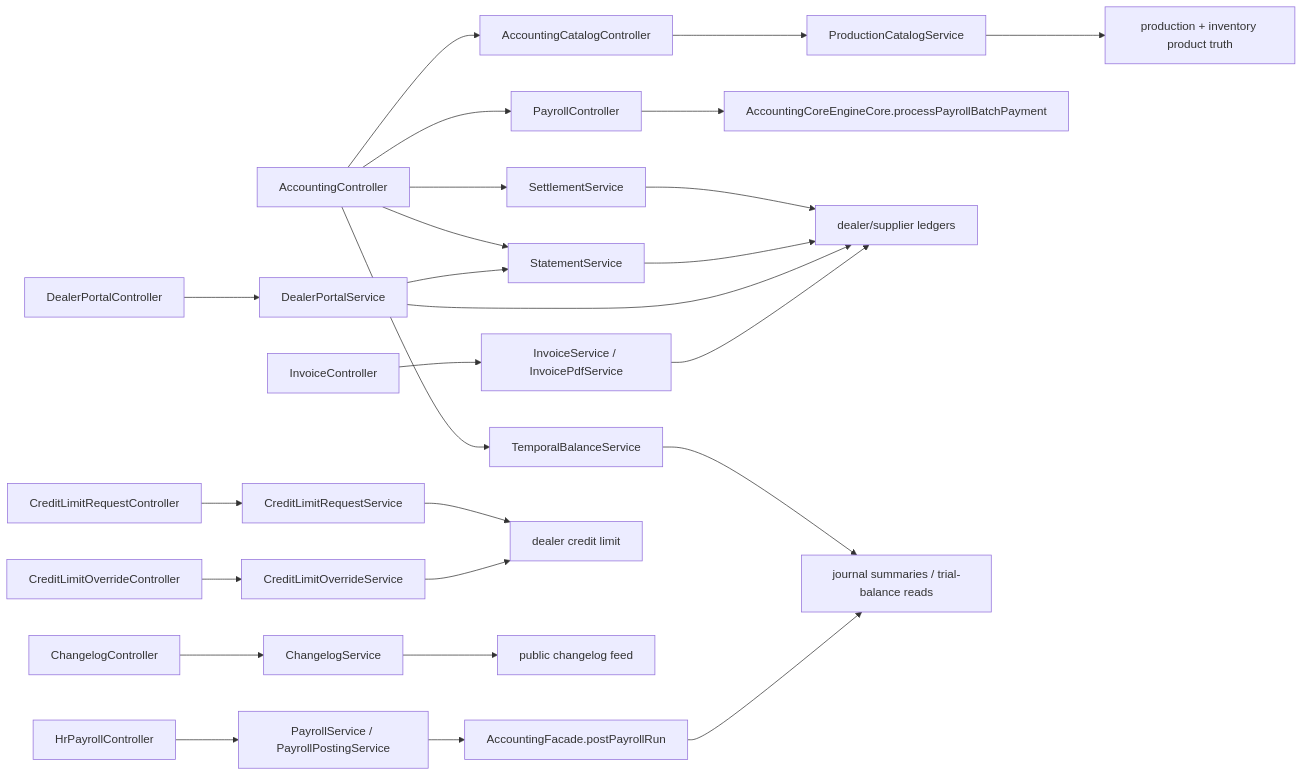
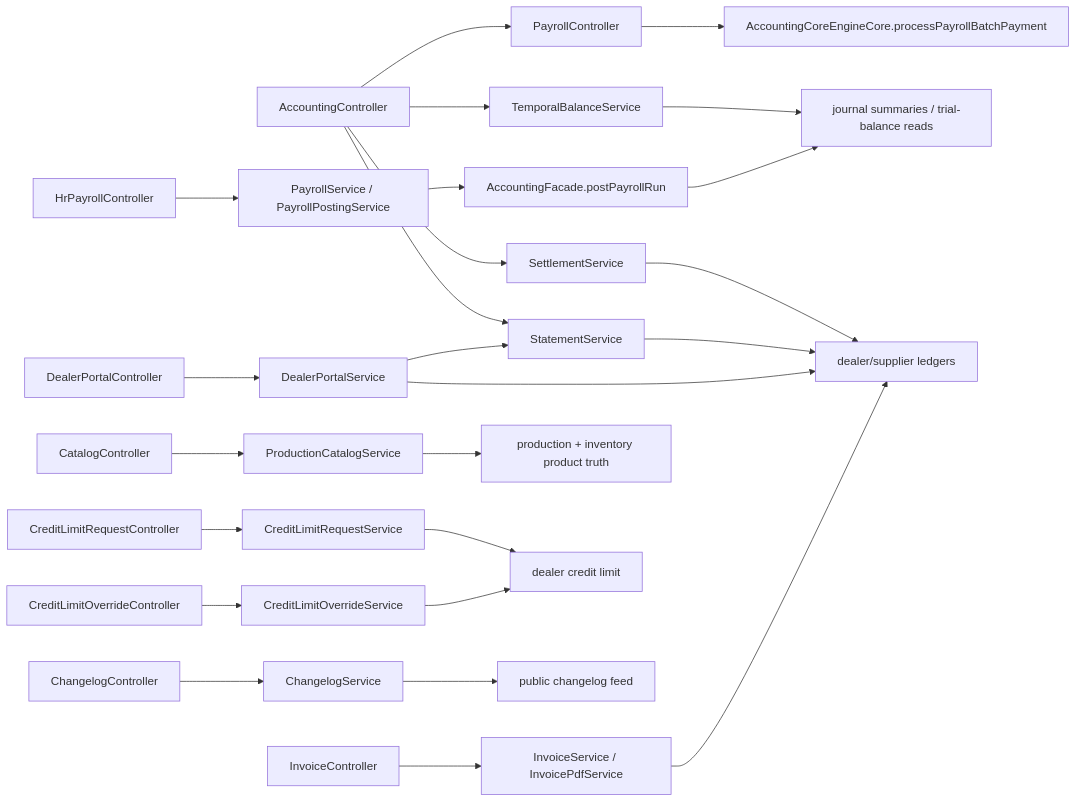
Before and after one commit to anasibnanwar-XYE/bigbrightpaints-erp: the diagram in docs/developer/accounting-flows/12-accounting-outward-flow-map.md, drawn with Mermaid. The commit also changed other lines of this file and 15 other files, not shown here.

````diff
--- a/docs/developer/accounting-flows/12-accounting-outward-flow-map.md
+++ b/docs/developer/accounting-flows/12-accounting-outward-flow-map.md
@@ -20,30 +20,29 @@
 ```mermaid
 flowchart LR
     ACC["AccountingController"] --> SET["SettlementService"]
     ACC --> STM["StatementService"]
     ACC --> TMP["TemporalBalanceService"]
-    ACC --> CAT["AccountingCatalogController"]
-    CAT --> PCS["ProductionCatalogService"]
     ACC --> PAY["PayrollController"]
     PAY --> AENG["AccountingCoreEngineCore.processPayrollBatchPayment"]
+    CAT["CatalogController"] --> PCS["ProductionCatalogService"]
 
     CLR["CreditLimitRequestController"] --> CLS["CreditLimitRequestService"]
     OVR["CreditLimitOverrideController"] --> OVS["CreditLimitOverrideService"]
     DEAL["DealerPortalController"] --> DPS["DealerPortalService"]
     INV["InvoiceController"] --> IVS["InvoiceService / InvoicePdfService"]
     HR["HrPayrollController"] --> HPS["PayrollService / PayrollPostingService"]
     HPS --> AF["AccountingFacade.postPayrollRun"]
     CHG["ChangelogController"] --> CHS["ChangelogService"]
 
     PCS --> PROD["production + inventory product truth"]
     SET --> LED["dealer/supplier ledgers"]
     STM --> LED
     TMP --> JRN["journal summaries / trial-balance reads"]
     CLS --> DEALER["dealer credit limit"]
     OVS --> DEALER
     DPS --> LED
     DPS --> STM
     IVS --> LED
     AF --> JRN
     CHS --> PUB["public changelog feed"]
 ```
````
